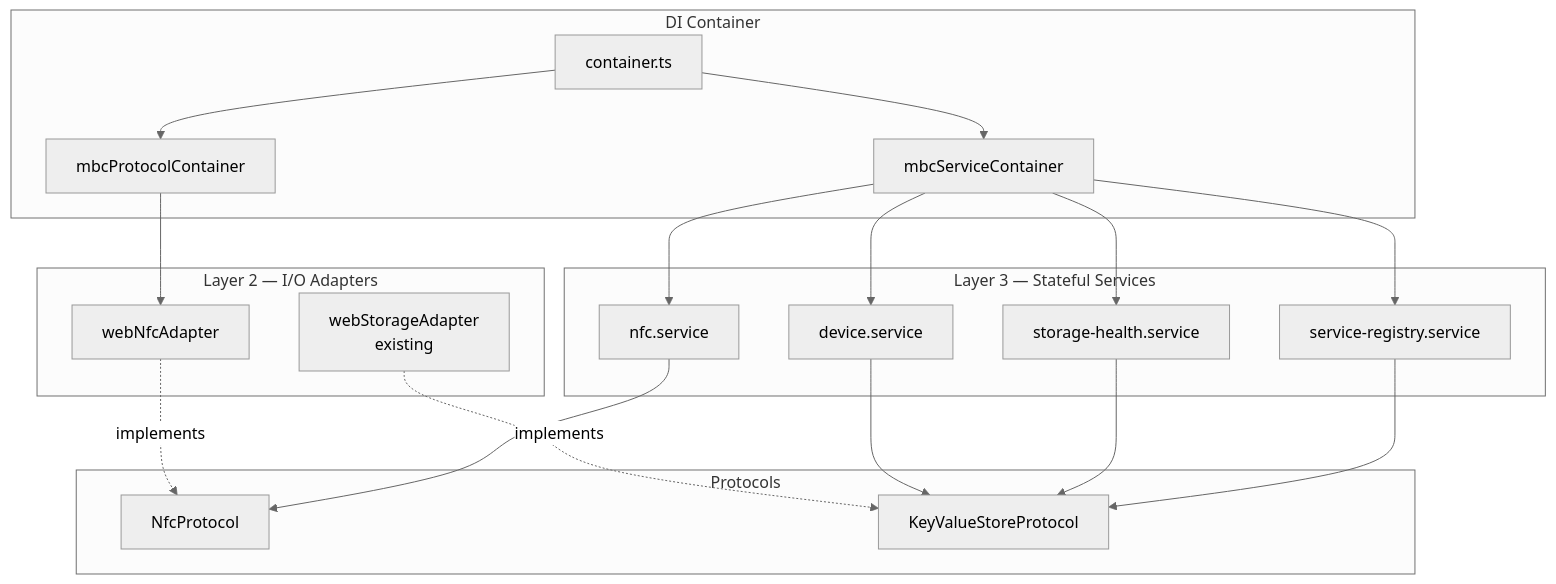
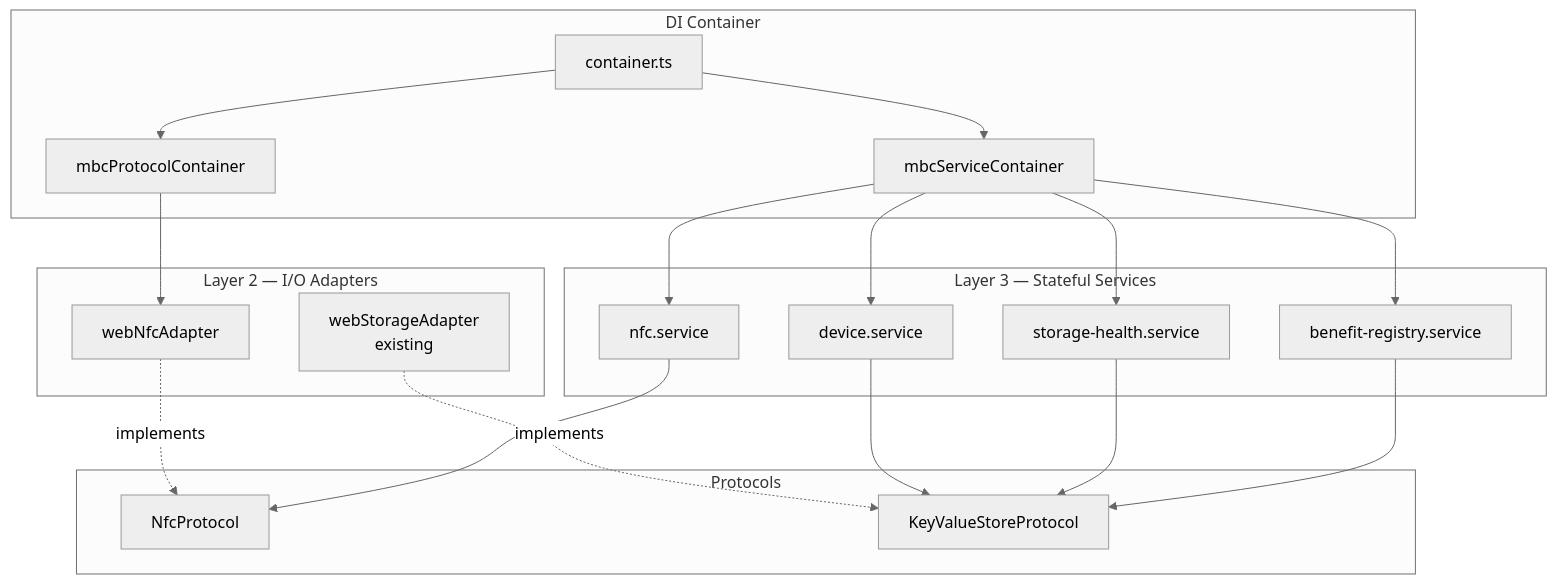
Before and after one commit to widdestoyud/assesment-s1-2026: the third of 3 diagrams in docs/wiki/membership-benefit-card/07-Development/Phase-Progress.md, drawn with Mermaid (neutral theme). The commit also changed other lines of this file and 31 other files, not shown here.

First line of the commit message:
docs(mbc): Update all documentation for ServiceType to BenefitType rename

````diff
--- a/docs/wiki/membership-benefit-card/07-Development/Phase-Progress.md
+++ b/docs/wiki/membership-benefit-card/07-Development/Phase-Progress.md
@@ -291,39 +291,39 @@
 ```mermaid
 graph TB
     subgraph "Layer 2 — I/O Adapters"
         WNA[webNfcAdapter]
         WSA[webStorageAdapter<br/>existing]
     end
 
     subgraph "Layer 3 — Stateful Services"
         NS[nfc.service]
         DS[device.service]
         SHS[storage-health.service]
-        SRS[service-registry.service]
+        SRS[benefit-registry.service]
     end
 
     subgraph "Protocols"
         NP[NfcProtocol]
         KVP[KeyValueStoreProtocol]
     end
 
     subgraph "DI Container"
         MPC[mbcProtocolContainer]
         MSC[mbcServiceContainer]
         ROOT[container.ts]
     end
 
     WNA -.implements.-> NP
     WSA -.implements.-> KVP
     NS --> NP
     DS --> KVP
     SHS --> KVP
     SRS --> KVP
     MPC --> WNA
     MSC --> NS
     MSC --> DS
     MSC --> SHS
     MSC --> SRS
     ROOT --> MPC
     ROOT --> MSC
 ```
````
